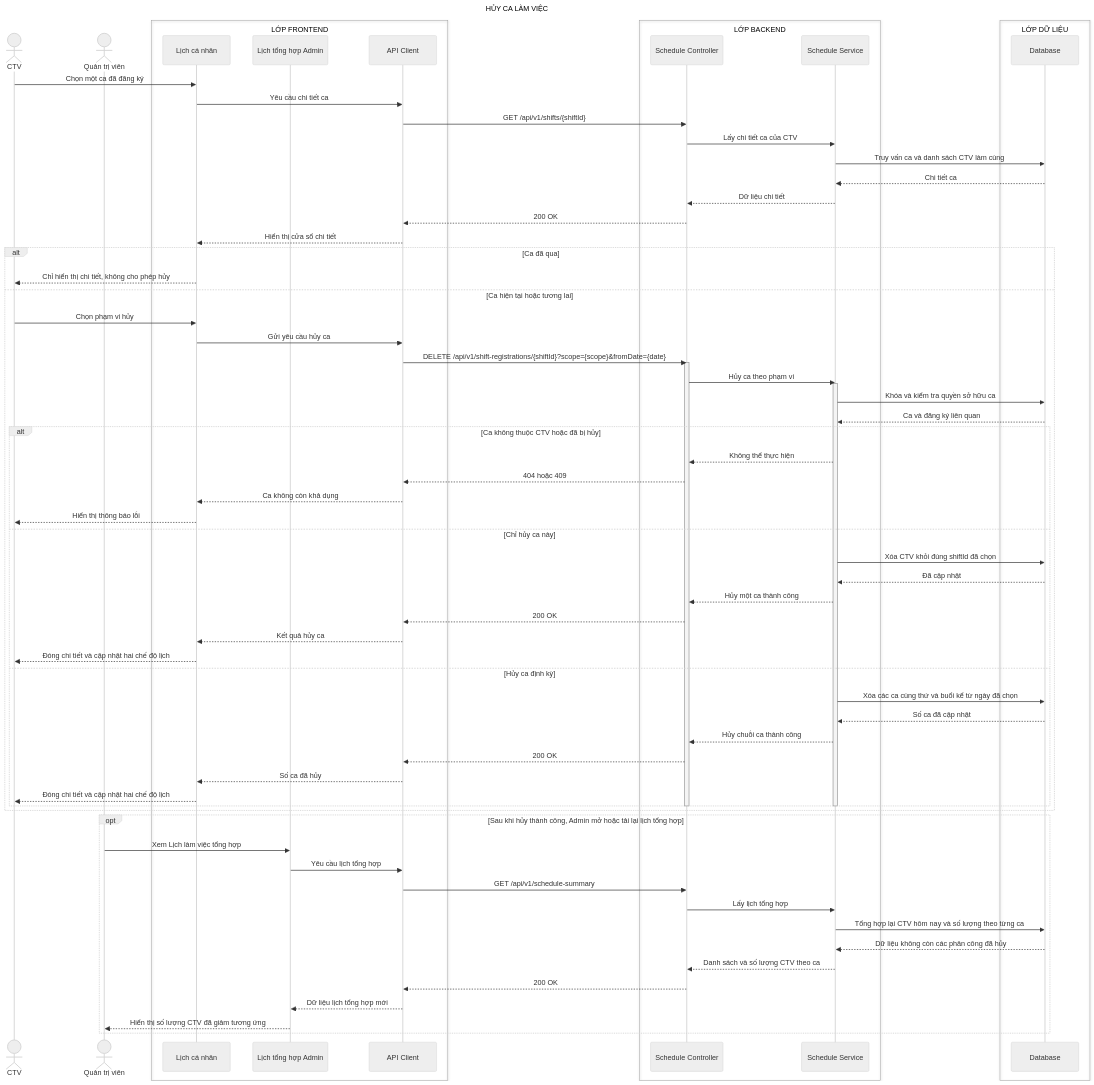
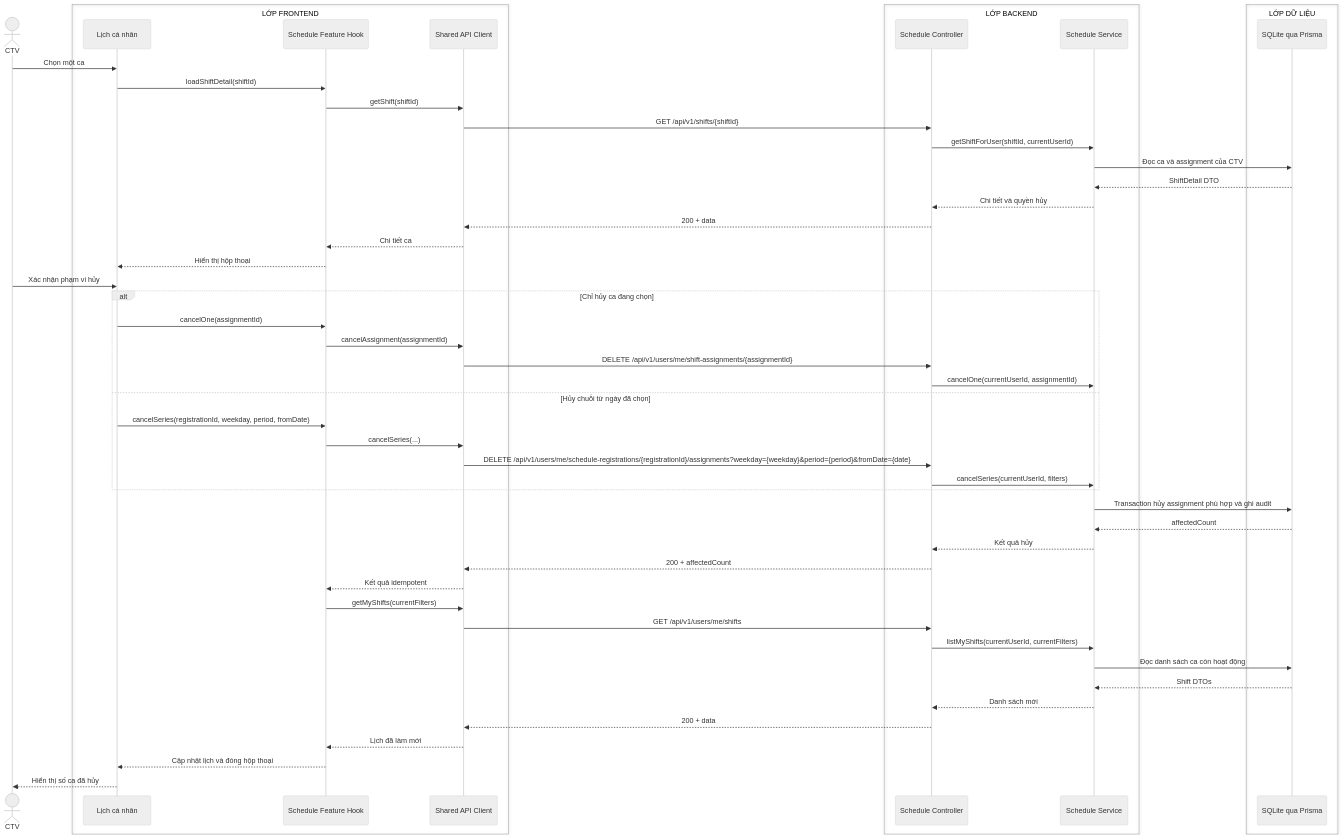
Before and after one commit to MINHDZVODICH/ctv-manage: the diagram in docs/sequence-diagrams/06-huy-ca-lam-viec.md, drawn with Mermaid (neutral theme). The commit also changed other lines of this file and 19 other files, not shown here.

Commit message:
docs: align API architecture and prototype flows

````diff
--- a/docs/sequence-diagrams/06-huy-ca-lam-viec.md
+++ b/docs/sequence-diagrams/06-huy-ca-lam-viec.md
@@ -3,82 +5,57 @@
 ```mermaid
 sequenceDiagram
-    title HỦY CA LÀM VIỆC
-
     actor U as CTV
-    actor A as Quản trị viên
-
     box LỚP FRONTEND
         participant UI as Lịch cá nhân
-        participant AUI as Lịch tổng hợp Admin
-        participant API as API Client
+        participant H as Schedule Feature Hook
+        participant API as Shared API Client
     end
-
     box LỚP BACKEND
         participant C as Schedule Controller
         participant S as Schedule Service
     end
-
     box LỚP DỮ LIỆU
-        participant DB as Database
+        participant DB as SQLite qua Prisma
     end
 
-    U->>UI: Chọn một ca đã đăng ký
-    UI->>API: Yêu cầu chi tiết ca
+    U->>UI: Chọn một ca
+    UI->>H: loadShiftDetail(shiftId)
+    H->>API: getShift(shiftId)
     API->>C: GET /api/v1/shifts/{shiftId}
-    C->>S: Lấy chi tiết ca của CTV
-    S->>DB: Truy vấn ca và danh sách CTV làm cùng
-    DB-->>S: Chi tiết ca
-    S-->>C: Dữ liệu chi tiết
-    C-->>API: 200 OK
-    API-->>UI: Hiển thị cửa sổ chi tiết
+    C->>S: getShiftForUser(shiftId, currentUserId)
+    S->>DB: Đọc ca và assignment của CTV
+    DB-->>S: ShiftDetail DTO
+    S-->>C: Chi tiết và quyền hủy
+    C-->>API: 200 + data
+    API-->>H: Chi tiết ca
+    H-->>UI: Hiển thị hộp thoại
 
-    alt Ca đã qua
-        UI-->>U: Chỉ hiển thị chi tiết, không cho phép hủy
-    else Ca hiện tại hoặc tương lai
-        U->>UI: Chọn phạm vi hủy
-        UI->>API: Gửi yêu cầu hủy ca
-        API->>C: DELETE /api/v1/shift-registrations/{shiftId}?scope={scope}&fromDate={date}
-        activate C
-        C->>S: Hủy ca theo phạm vi
-        activate S
-        S->>DB: Khóa và kiểm tra quyền sở hữu ca
-        DB-->>S: Ca và đăng ký liên quan
-
-        alt Ca không thuộc CTV hoặc đã bị hủy
-            S-->>C: Không thể thực hiện
-            C-->>API: 404 hoặc 409
-            API-->>UI: Ca không còn khả dụng
-            UI-->>U: Hiển thị thông báo lỗi
-        else Chỉ hủy ca này
-            S->>DB: Xóa CTV khỏi đúng shiftId đã chọn
-            DB-->>S: Đã cập nhật
-            S-->>C: Hủy một ca thành công
-            C-->>API: 200 OK
-            API-->>UI: Kết quả hủy ca
-            UI-->>U: Đóng chi tiết và cập nhật hai chế độ lịch
-        else Hủy ca định kỳ
-            S->>DB: Xóa các ca cùng thứ và buổi kể từ ngày đã chọn
-            DB-->>S: Số ca đã cập nhật
-            S-->>C: Hủy chuỗi ca thành công
-            C-->>API: 200 OK
-            API-->>UI: Số ca đã hủy
-            UI-->>U: Đóng chi tiết và cập nhật hai chế độ lịch
-        end
-
-        deactivate S
-        deactivate C
+    U->>UI: Xác nhận phạm vi hủy
+    alt Chỉ hủy ca đang chọn
+        UI->>H: cancelOne(assignmentId)
+        H->>API: cancelAssignment(assignmentId)
+        API->>C: DELETE /api/v1/users/me/shift-assignments/{assignmentId}
+        C->>S: cancelOne(currentUserId, assignmentId)
+    else Hủy chuỗi từ ngày đã chọn
+        UI->>H: cancelSeries(registrationId, weekday, period, fromDate)
+        H->>API: cancelSeries(...)
+        API->>C: DELETE /api/v1/users/me/schedule-registrations/{registrationId}/assignments?weekday={weekday}&period={period}&fromDate={date}
+        C->>S: cancelSeries(currentUserId, filters)
     end
 
-    opt Sau khi hủy thành công, Admin mở hoặc tải lại lịch tổng hợp
-        A->>AUI: Xem Lịch làm việc tổng hợp
-        AUI->>API: Yêu cầu lịch tổng hợp
-        API->>C: GET /api/v1/schedule-summary
-        C->>S: Lấy lịch tổng hợp
-        S->>DB: Tổng hợp lại CTV hôm nay và số lượng theo từng ca
-        DB-->>S: Dữ liệu không còn các phân công đã hủy
-        S-->>C: Danh sách và số lượng CTV theo ca
-        C-->>API: 200 OK
-        API-->>AUI: Dữ liệu lịch tổng hợp mới
-        AUI-->>A: Hiển thị số lượng CTV đã giảm tương ứng
-    end
+    S->>DB: Transaction hủy assignment phù hợp và ghi audit
+    DB-->>S: affectedCount
+    S-->>C: Kết quả hủy
+    C-->>API: 200 + affectedCount
+    API-->>H: Kết quả idempotent
+    H->>API: getMyShifts(currentFilters)
+    API->>C: GET /api/v1/users/me/shifts
+    C->>S: listMyShifts(currentUserId, currentFilters)
+    S->>DB: Đọc danh sách ca còn hoạt động
+    DB-->>S: Shift DTOs
+    S-->>C: Danh sách mới
+    C-->>API: 200 + data
+    API-->>H: Lịch đã làm mới
+    H-->>UI: Cập nhật lịch và đóng hộp thoại
+    UI-->>U: Hiển thị số ca đã hủy
 ```
````
